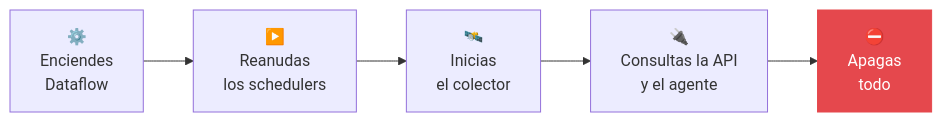
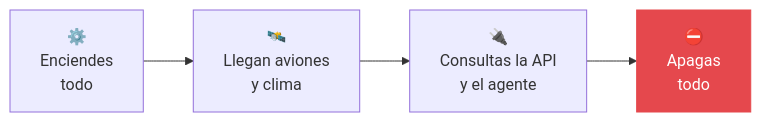
Before and after one commit to gcquirozguzman/aguila-aeronexus: the second of 2 diagrams in README.md, drawn with Mermaid. The commit also changed other lines of this file and 13 other files, not shown here.

````diff
--- a/README.md
+++ b/README.md
@@ -137,5 +149,5 @@
 ```mermaid
 flowchart LR
-    A["⚙️<br>Enciendes<br>Dataflow"] --> B["▶️<br>Reanudas<br>los schedulers"] --> C["🛰️<br>Inicias<br>el colector"] --> D["🔌<br>Consultas la API<br>y el agente"] --> E["⛔<br>Apagas<br>todo"]
+    A["⚙️<br>Enciendes<br>todo"] --> B["🛰️<br>Llegan aviones<br>y clima"] --> D["🔌<br>Consultas la API<br>y el agente"] --> E["⛔<br>Apagas<br>todo"]
     style E fill:#e5484d,stroke:#e5484d,color:#fff
 ```
````
